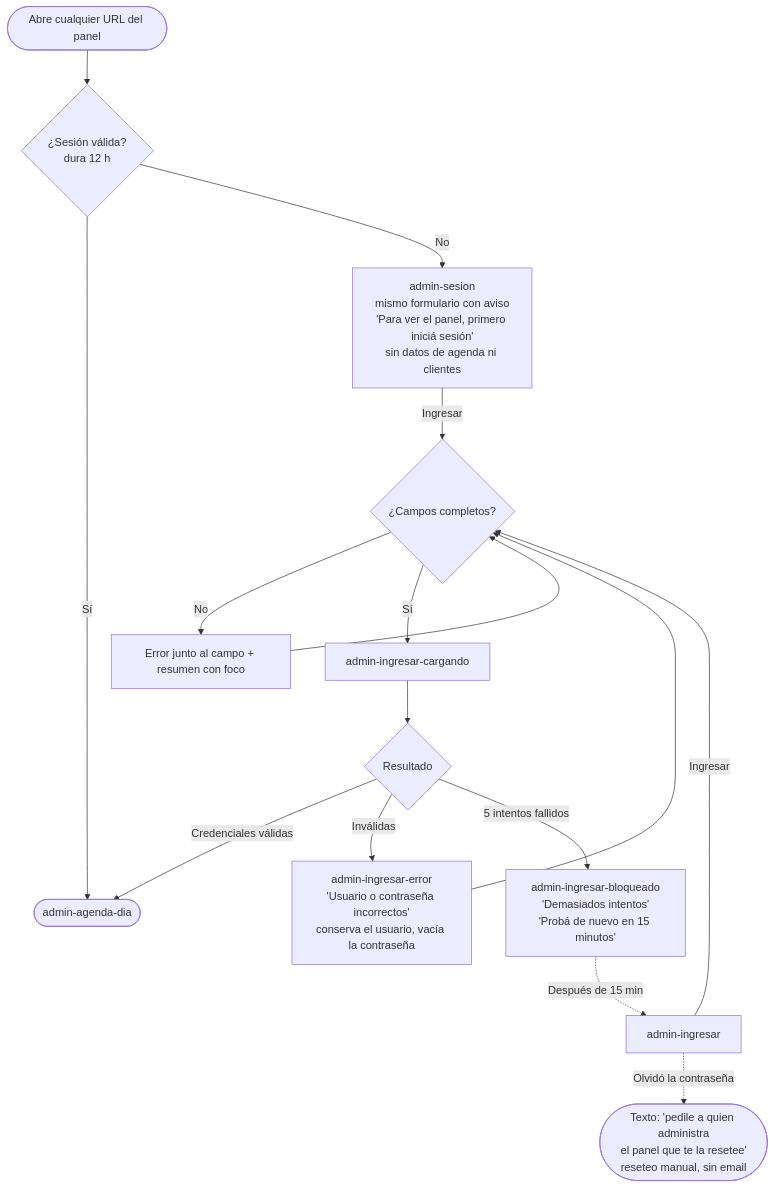
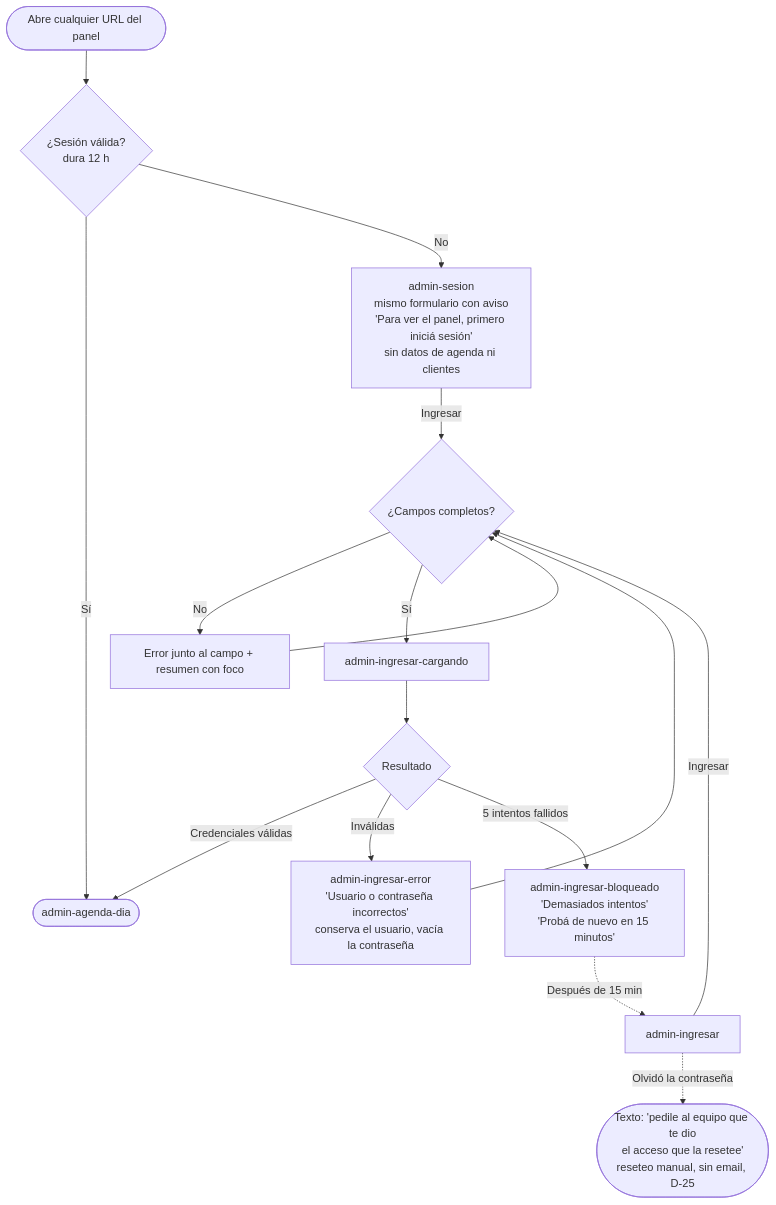
Before and after one commit to gm2dev/coop-agents-design: the seventh of 11 diagrams in initiatives/turnos-peluqueria-mvp/flows.md, drawn with Mermaid. The commit also changed other lines of this file and 49 other files, not shown here.

````diff
--- a/initiatives/turnos-peluqueria-mvp/flows.md
+++ b/initiatives/turnos-peluqueria-mvp/flows.md
@@ -120,16 +120,16 @@
 ```mermaid
 flowchart TD
   any([Abre cualquier URL del panel]) --> auth{¿Sesión válida?<br/>dura 12 h}
   auth -->|Sí| agenda([admin-agenda-dia])
   auth -->|No| ses[admin-sesion<br/>mismo formulario con aviso<br/>'Para ver el panel, primero iniciá sesión'<br/>sin datos de agenda ni clientes]
   login[admin-ingresar] & ses -->|Ingresar| val{¿Campos completos?}
   val -->|No| fe[Error junto al campo + resumen con foco]
   fe --> val
   val -->|Sí| send[admin-ingresar-cargando] --> chk{Resultado}
   chk -->|Credenciales válidas| agenda
   chk -->|Inválidas| err[admin-ingresar-error<br/>'Usuario o contraseña incorrectos'<br/>conserva el usuario, vacía la contraseña]
   err --> val
   chk -->|5 intentos fallidos| blk[admin-ingresar-bloqueado<br/>'Demasiados intentos'<br/>'Probá de nuevo en 15 minutos']
   blk -.->|Después de 15 min| login
-  login -.->|Olvidó la contraseña| manual([Texto: 'pedile a quien administra<br/>el panel que te la resetee'<br/>reseteo manual, sin email])
+  login -.->|Olvidó la contraseña| manual([Texto: 'pedile al equipo que te dio<br/>el acceso que la resetee'<br/>reseteo manual, sin email, D-25])
 ```
````
